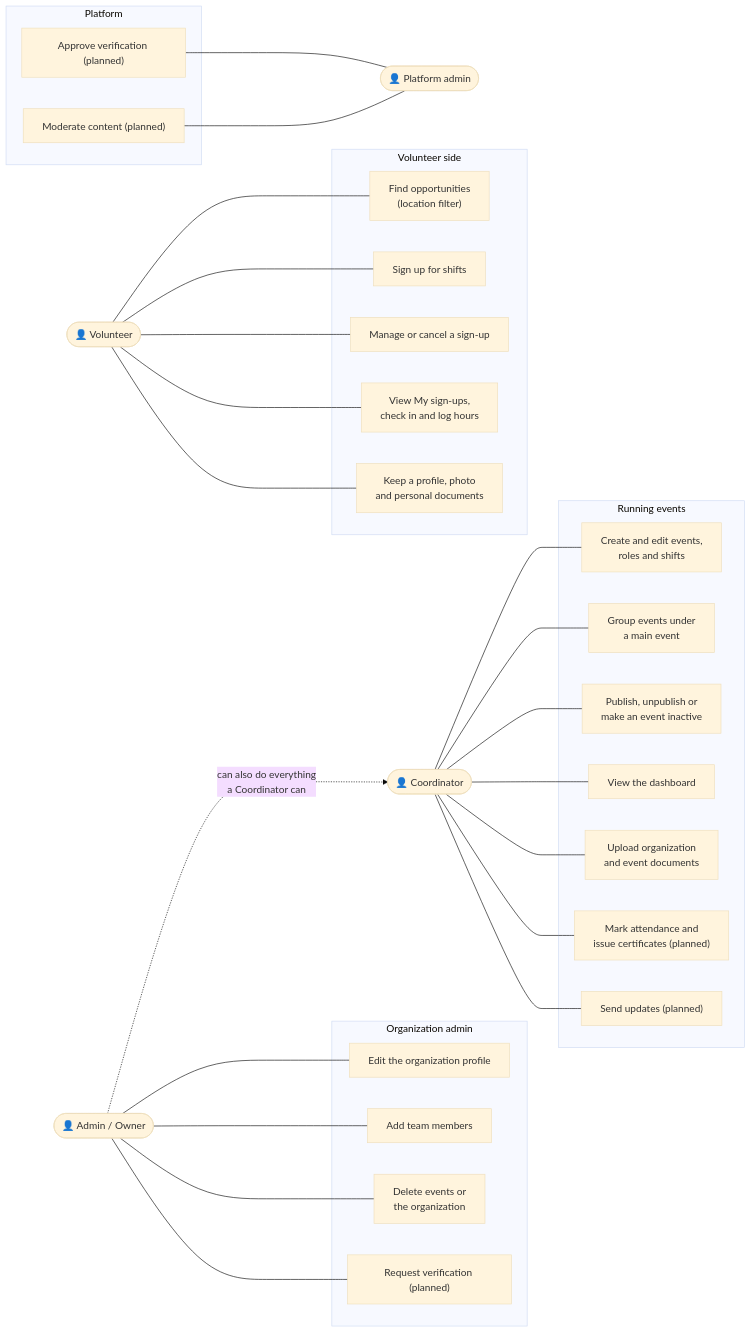
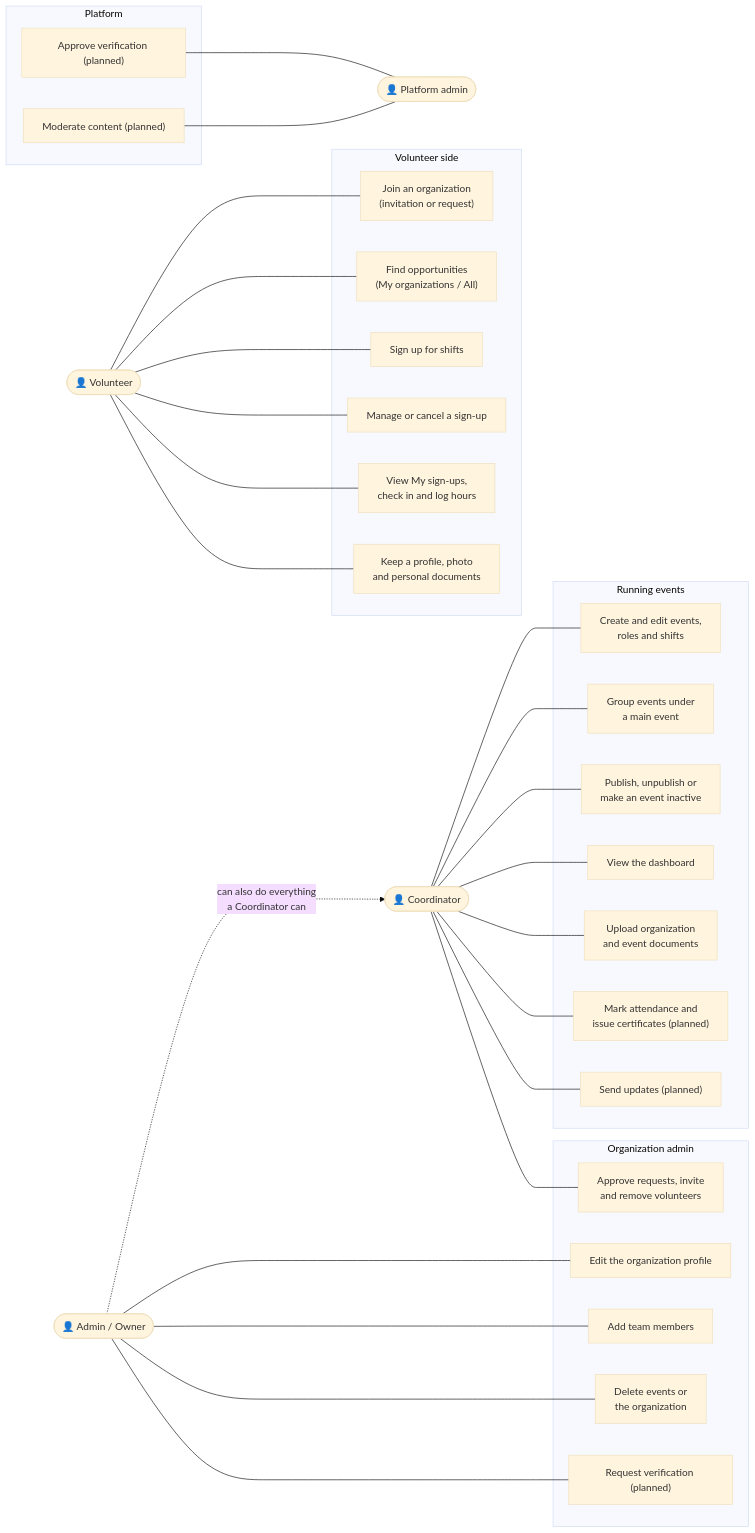
One commit to anbbala/sevak changed the first of 10 diagrams in docs/DIAGRAMS.md. Above: the diagram before and after it, drawn with Mermaid (base theme). The commit also changed other lines of this file and 40 other files, not shown here.

````diff
--- a/docs/DIAGRAMS.md
+++ b/docs/DIAGRAMS.md
@@ -29,43 +30,45 @@
 ```mermaid
 flowchart LR
     V(["👤 Volunteer"])
     C(["👤 Coordinator"])
     A(["👤 Admin / Owner"])
     P(["👤 Platform admin"])
 
     subgraph Volunteer side
-        UC1["Find opportunities<br/>(location filter)"]
+        UC0["Join an organization<br/>(invitation or request)"]
+        UC1["Find opportunities<br/>(My organizations / All)"]
         UC2["Sign up for shifts"]
         UC3["Manage or cancel a sign-up"]
         UC4["View My sign-ups,<br/>check in and log hours"]
         UC5["Keep a profile, photo<br/>and personal documents"]
     end
 
     subgraph Running events
         UC6["Create and edit events,<br/>roles and shifts"]
         UC7["Group events under<br/>a main event"]
         UC8["Publish, unpublish or<br/>make an event inactive"]
         UC9["View the dashboard"]
         UC10["Upload organization<br/>and event documents"]
         UC11["Mark attendance and<br/>issue certificates (planned)"]
         UC12["Send updates (planned)"]
     end
 
     subgraph Organization admin
         UC13["Edit the organization profile"]
         UC14["Add team members"]
+        UC19["Approve requests, invite<br/>and remove volunteers"]
         UC15["Delete events or<br/>the organization"]
         UC16["Request verification (planned)"]
     end
 
     subgraph Platform
         UC17["Approve verification (planned)"]
         UC18["Moderate content (planned)"]
     end
 
-    V --- UC1 & UC2 & UC3 & UC4 & UC5
-    C --- UC6 & UC7 & UC8 & UC9 & UC10 & UC11 & UC12
+    V --- UC0 & UC1 & UC2 & UC3 & UC4 & UC5
+    C --- UC6 & UC7 & UC8 & UC9 & UC10 & UC11 & UC12 & UC19
     A -. "can also do everything<br/>a Coordinator can" .-> C
     A --- UC13 & UC14 & UC15 & UC16
     UC17 & UC18 --- P
 ```
````
